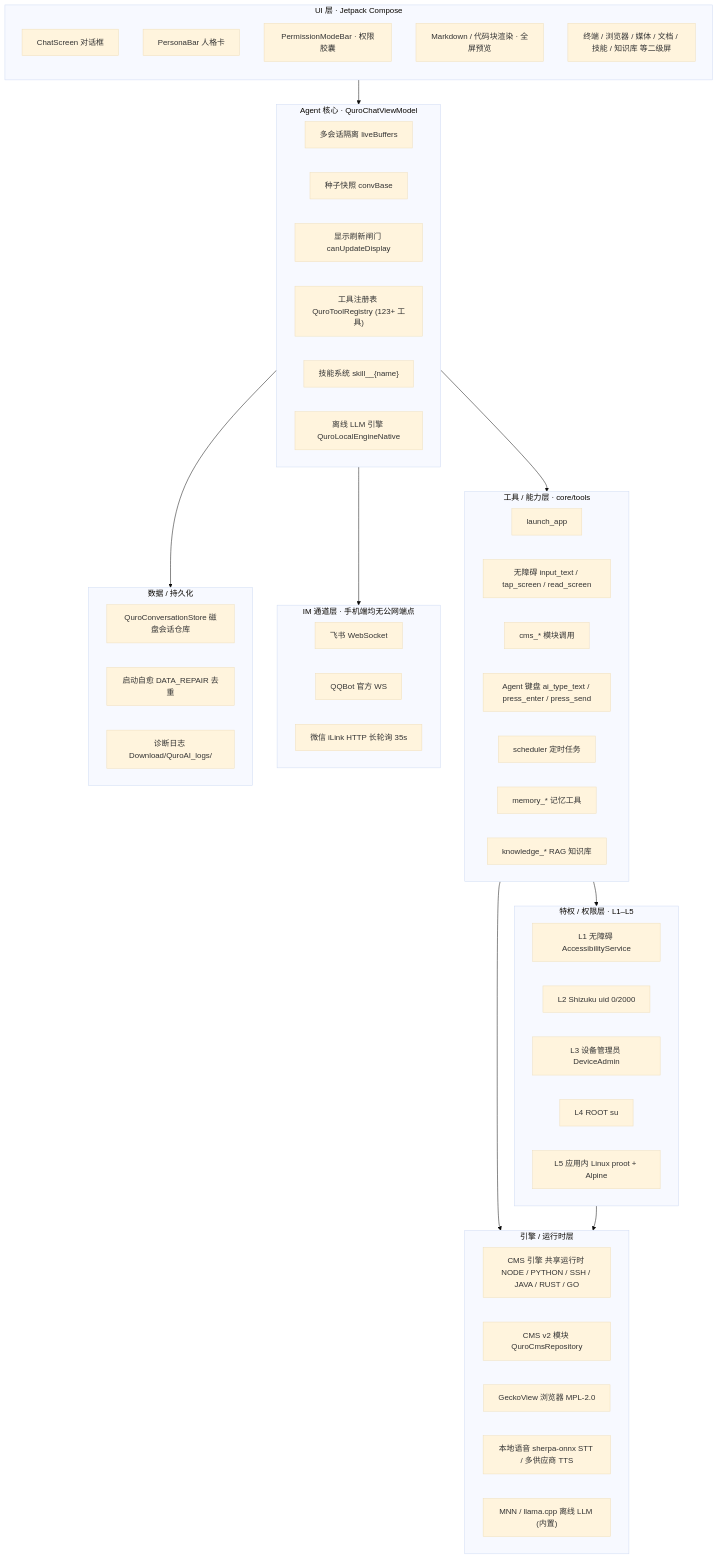
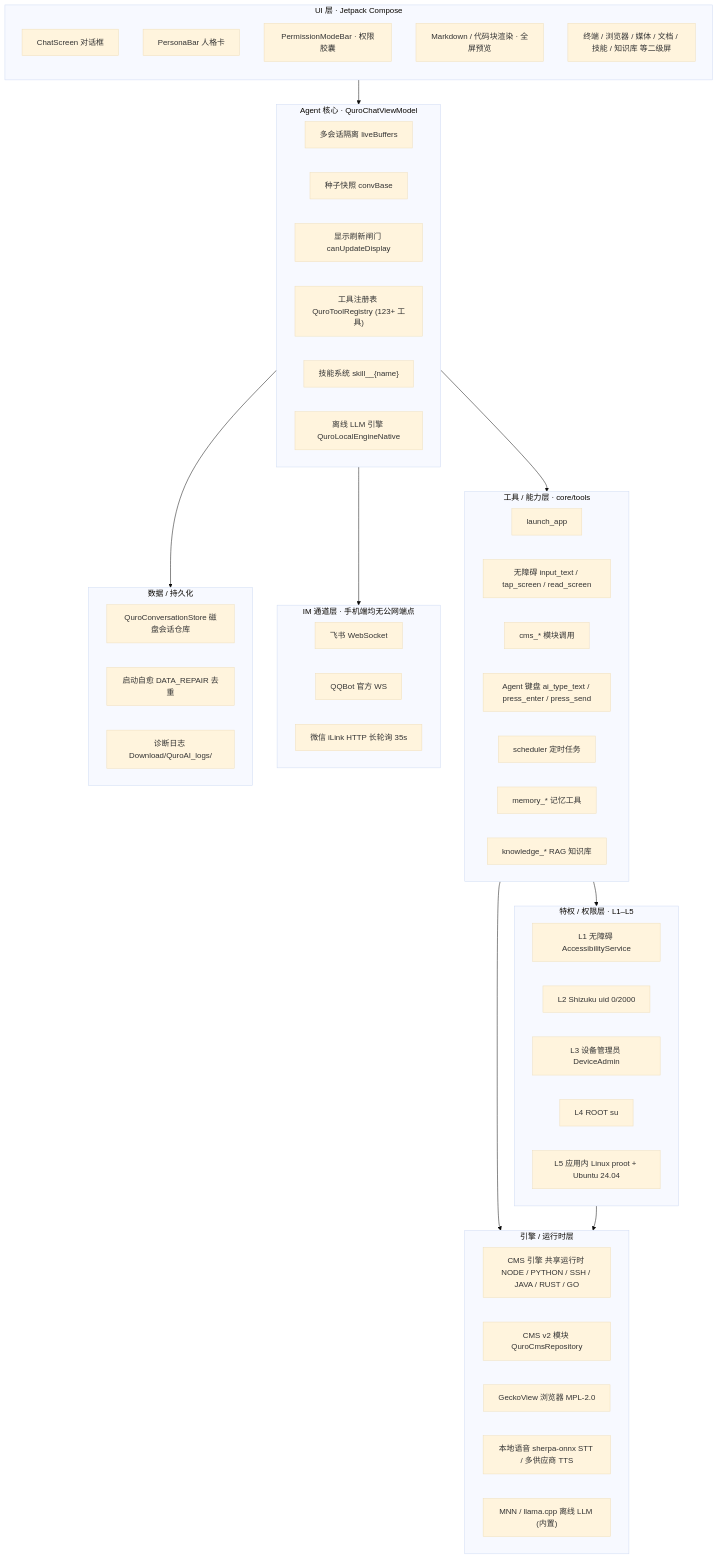
Before and after one commit to Quor-a/ZorvAI: the first of 3 diagrams in README.md, drawn with Mermaid (base theme). The commit also changed other lines of this file, not shown here.

Commit message:
docs: 更新 README 终端章节 — 修正为 proot + Ubuntu 24.04（移除 Alpine/NovaTerm 旧描述）

````diff
--- a/README.md
+++ b/README.md
@@ -615,60 +615,60 @@
 ```mermaid
 flowchart TB
     subgraph UI["UI 层 · Jetpack Compose"]
         direction TB
         A1["ChatScreen 对话框"]
         A2["PersonaBar 人格卡"]
         A3["PermissionModeBar · 权限胶囊"]
         A4["Markdown / 代码块渲染 · 全屏预览"]
         A5["终端 / 浏览器 / 媒体 / 文档 / 技能 / 知识库 等二级屏"]
     end
     subgraph CORE["Agent 核心 · QuroChatViewModel"]
         B1["多会话隔离 liveBuffers"]
         B2["种子快照 convBase"]
         B3["显示刷新闸门 canUpdateDisplay"]
         B4["工具注册表 QuroToolRegistry (123+ 工具)"]
         B5["技能系统 skill__{name}"]
         B6["离线 LLM 引擎 QuroLocalEngineNative"]
     end
     subgraph TOOLS["工具 / 能力层 · core/tools"]
         C1["launch_app"]
         C2["无障碍 input_text / tap_screen / read_screen"]
         C3["cms_* 模块调用"]
         C4["Agent 键盘 ai_type_text / press_enter / press_send"]
         C5["scheduler 定时任务"]
         C6["memory_* 记忆工具"]
         C7["knowledge_* RAG 知识库"]
     end
     subgraph PRIV["特权 / 权限层 · L1–L5"]
         D1["L1 无障碍 AccessibilityService"]
         D2["L2 Shizuku uid 0/2000"]
         D3["L3 设备管理员 DeviceAdmin"]
         D4["L4 ROOT su"]
-        D5["L5 应用内 Linux proot + Alpine"]
+        D5["L5 应用内 Linux proot + Ubuntu 24.04"]
     end
     subgraph ENGINE["引擎 / 运行时层"]
         E1["CMS 引擎 共享运行时 NODE / PYTHON / SSH / JAVA / RUST / GO"]
         E2["CMS v2 模块 QuroCmsRepository"]
         E3["GeckoView 浏览器 MPL-2.0"]
         E4["本地语音 sherpa-onnx STT / 多供应商 TTS"]
         E5["MNN / llama.cpp 离线 LLM (内置)"]
     end
     subgraph IM["IM 通道层 · 手机端均无公网端点"]
         F1["飞书 WebSocket"]
         F2["QQBot 官方 WS"]
         F3["微信 iLink HTTP 长轮询 35s"]
     end
     subgraph DATA["数据 / 持久化"]
         G1["QuroConversationStore 磁盘会话仓库"]
         G2["启动自愈 DATA_REPAIR 去重"]
         G3["诊断日志 Download/QuroAI_logs/"]
     end
 
     UI --> CORE
     CORE --> TOOLS
     TOOLS --> PRIV
     TOOLS --> ENGINE
     PRIV --> ENGINE
     CORE --> IM
     CORE --> DATA
 ```
````
